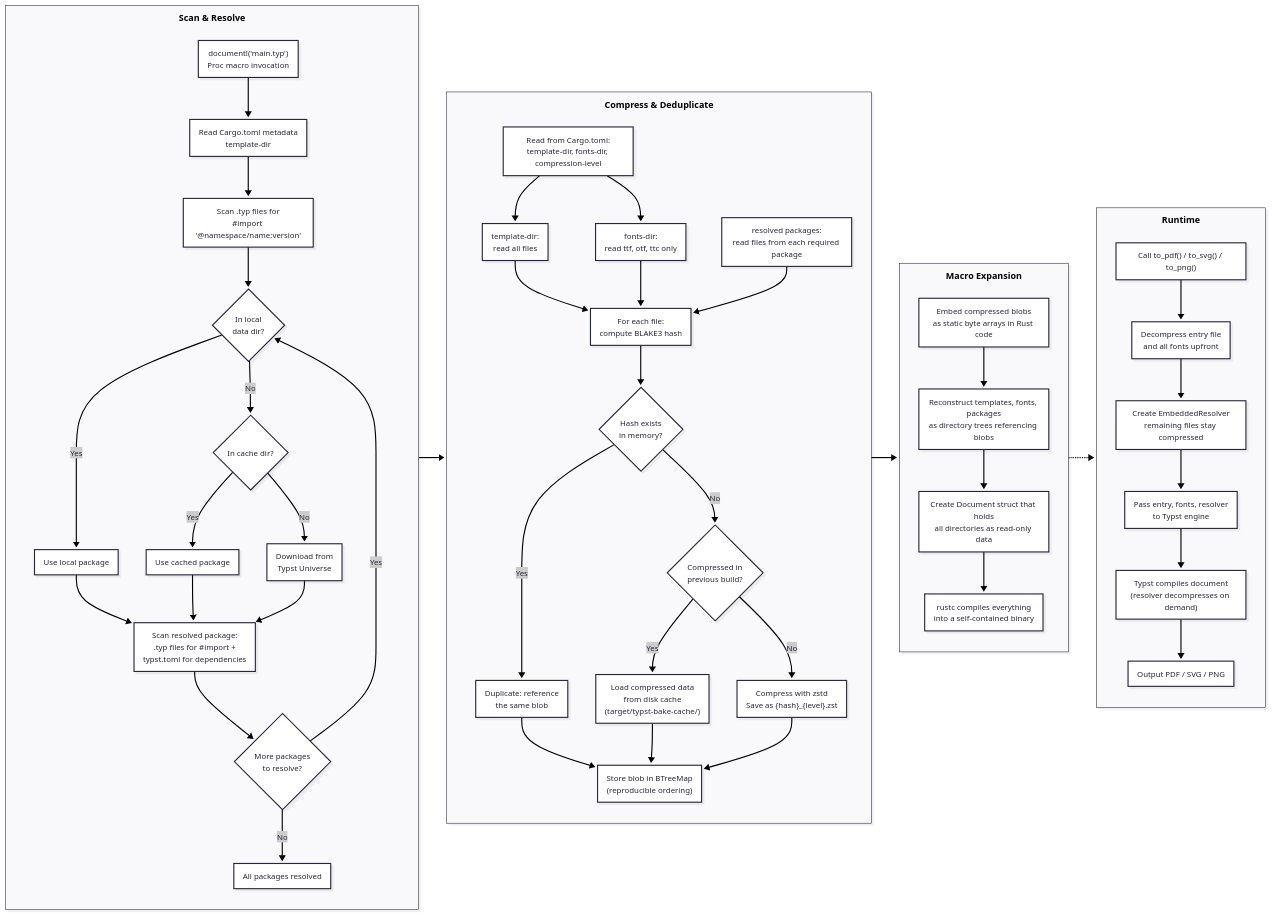
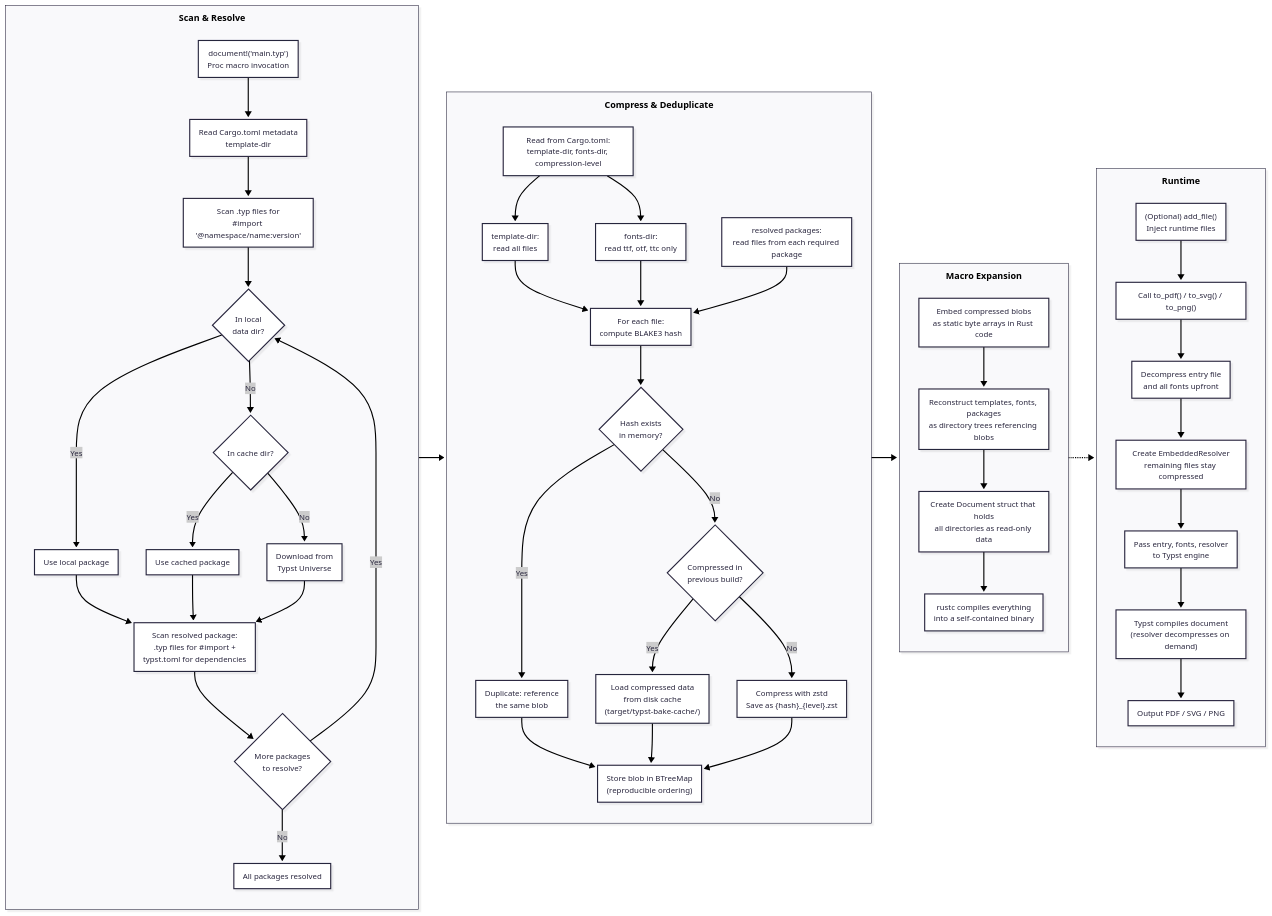
One commit to elgar328/typst-bake changed the diagram in docs/architecture.mmd. Above: the diagram before and after it, drawn with Mermaid. The commit also changed 2 other files, not shown here.

Commit message:
docs: update architecture diagram with add_file() step
Add optional add_file() node to Runtime subgraph in architecture.mmd.
Update deploy script and README to use GitHub Pages URL for SVG.

```diff
--- a/docs/architecture.mmd
+++ b/docs/architecture.mmd
@@ -1,64 +1,65 @@
 ---
 config:
   layout: dagre
   theme: redux
   look: neo
   flowchart:
     subGraphTitleMargin:
       top: 10
       bottom: 15
 ---
 flowchart LR
     subgraph scan_download["Scan & Resolve"]
         direction TB
         P1["document!('main.typ')<br/>Proc macro invocation"]
         P1 --> P2["Read Cargo.toml metadata<br/>template-dir"]
         P2 --> P3["Scan .typ files for<br/>#import '@namespace/name:version'"]
         P3 --> P4{"In local<br/>data dir?"}
         P4 -- Yes --> P5["Use local package"]
         P4 -- No --> P4b{"In cache dir?"}
         P4b -- Yes --> P5b["Use cached package"]
         P4b -- No --> P6["Download from<br/>Typst Universe"]
         P5 & P5b & P6 --> P7["Scan resolved package:<br/>.typ files for #import +<br/>typst.toml for dependencies"]
         P7 --> P8{"More packages<br/>to resolve?"}
         P8 -- Yes --> P4
         P8 -- No --> P9["All packages resolved"]
     end
 
     subgraph compress_dedup["Compress & Deduplicate"]
         direction TB
         C1["Read from Cargo.toml:<br/>template-dir, fonts-dir, compression-level"]
         C1 --> C2T["template-dir:<br/>read all files"]
         C1 --> C2F["fonts-dir:<br/>read ttf, otf, ttc only"]
         C2P["resolved packages:<br/>read files from each required package"]
         C2T & C2F & C2P --> C3["For each file:<br/>compute BLAKE3 hash"]
         C3 --> C4{"Hash exists<br/>in memory?"}
         C4 -- Yes --> C5["Duplicate: reference<br/>the same blob"]
         C4 -- No --> C6{"Compressed in<br/>previous build?"}
         C6 -- Yes --> C7["Load compressed data<br/>from disk cache<br/>(target/typst-bake-cache/)"]
         C6 -- No --> C8["Compress with zstd<br/>Save as {hash}_{level}.zst"]
         C5 & C7 & C8 --> C9["Store blob in BTreeMap<br/>(reproducible ordering)"]
     end
 
     subgraph macro_expansion["Macro Expansion"]
         direction TB
         M1["Embed compressed blobs<br/>as static byte arrays in Rust code"]
         M1 --> M2["Reconstruct templates, fonts, packages<br/>as directory trees referencing blobs"]
         M2 --> M3["Create Document struct that holds<br/>all directories as read-only data"]
         M3 --> M4["rustc compiles everything<br/>into a self-contained binary"]
     end
 
     subgraph runtime["Runtime"]
         direction TB
-        R1["Call to_pdf() / to_svg() / to_png()"]
+        R0["(Optional) add_file()<br/>Inject runtime files"]
+        R0 --> R1["Call to_pdf() / to_svg() / to_png()"]
         R1 --> R2["Decompress entry file<br/>and all fonts upfront"]
         R2 --> R3["Create EmbeddedResolver<br/>remaining files stay compressed"]
         R3 --> R4["Pass entry, fonts, resolver<br/>to Typst engine"]
         R4 --> R5["Typst compiles document<br/>(resolver decompresses on demand)"]
         R5 --> R6["Output PDF / SVG / PNG"]
     end
 
     scan_download --> compress_dedup --> macro_expansion -.-> runtime
 
     classDef subgraphTitle font-size:16px,font-weight:bold;
     class scan_download,compress_dedup,macro_expansion,runtime subgraphTitle
```
